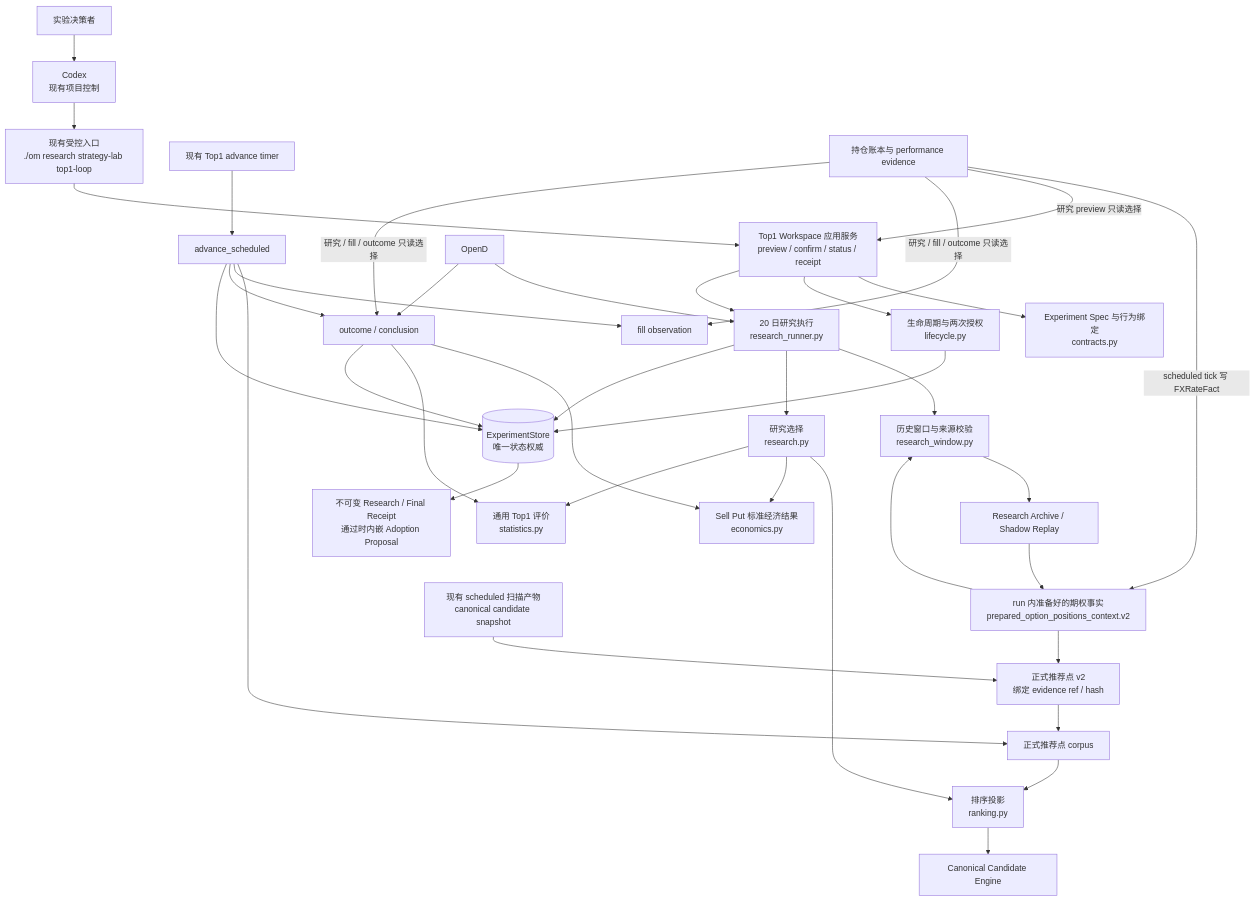
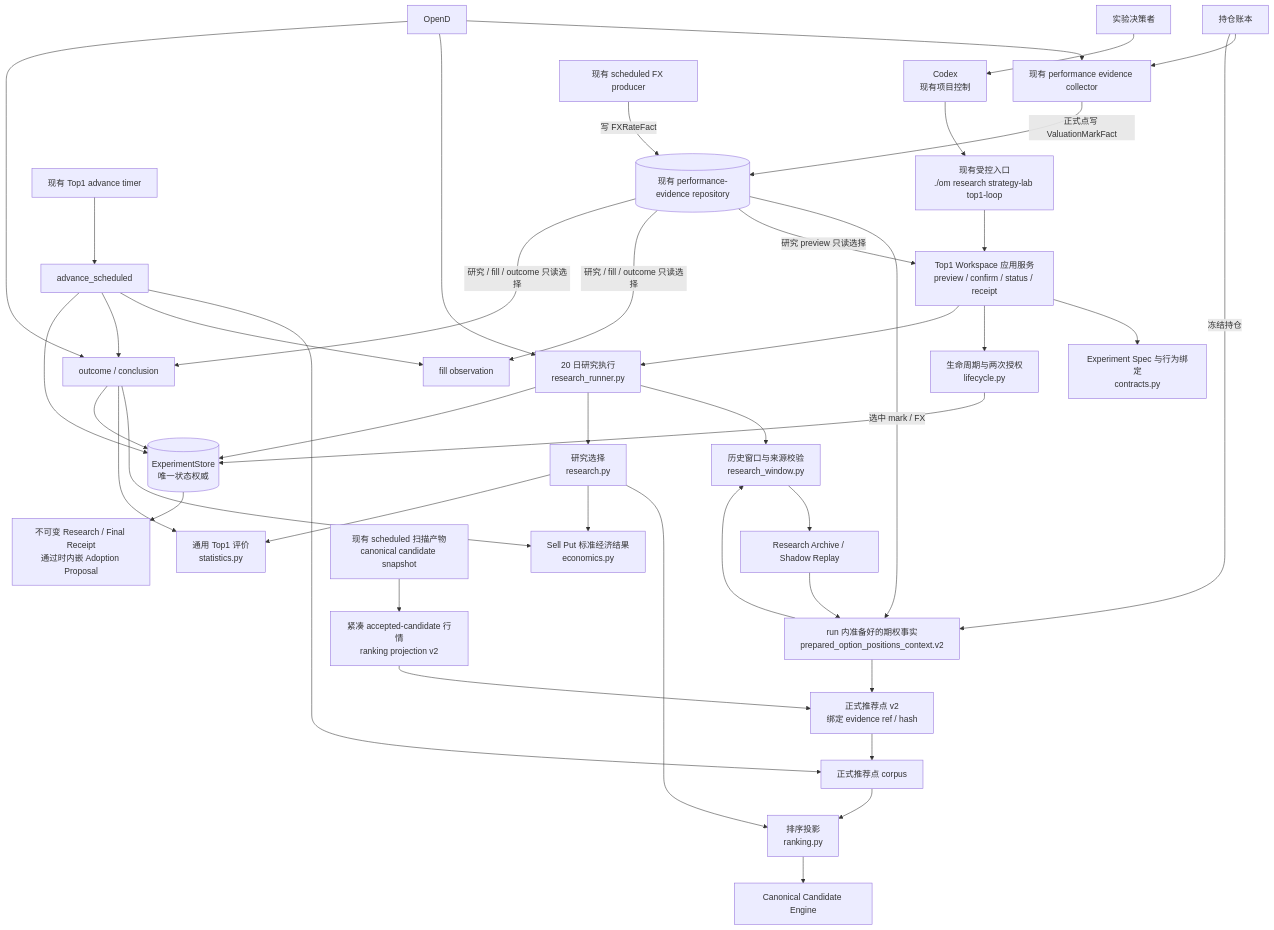
One commit to liuxie066/options-monitor changed the first of 3 diagrams in docs/STRATEGY_LAB_EXPERIMENT_PLATFORM_SYSTEM_DESIGN.md. Above: the diagram before and after it, drawn with Mermaid. The commit also changed other lines of this file and 2 other files, not shown here.

Commit message:
docs(strategy-lab): preserve formal point evidence

````diff
--- a/docs/STRATEGY_LAB_EXPERIMENT_PLATFORM_SYSTEM_DESIGN.md
+++ b/docs/STRATEGY_LAB_EXPERIMENT_PLATFORM_SYSTEM_DESIGN.md
@@ -41,46 +47,52 @@
 ```mermaid
 flowchart TB
     U["实验决策者"] --> C["Codex\n现有项目控制"]
     C --> CLI["现有受控入口\n./om research strategy-lab top1-loop"]
 
     CLI --> WS["Top1 Workspace 应用服务\npreview / confirm / status / receipt"]
 
     WS --> CT["Experiment Spec 与行为绑定\ncontracts.py"]
     WS --> LC["生命周期与两次授权\nlifecycle.py"]
     WS --> RR["20 日研究执行\nresearch_runner.py"]
 
     RR --> RW["历史窗口与来源校验\nresearch_window.py"]
     RW --> RA["Research Archive / Shadow Replay"]
     RA --> PE["run 内准备好的期权事实\nprepared_option_positions_context.v2"]
 
     RR --> RE["研究选择\nresearch.py"]
     RE --> RK["排序投影\nranking.py"]
     RK --> CE["Canonical Candidate Engine"]
     RE --> EC["Sell Put 标准经济结果\neconomics.py"]
     RE --> EV["通用 Top1 评价\nstatistics.py"]
 
     TIMER["现有 Top1 advance timer"] --> ADV["advance_scheduled"]
     ADV --> CP["正式推荐点 corpus"]
     ADV --> FO["fill observation"]
     ADV --> OC["outcome / conclusion"]
     PE --> RW
     PE --> RP["正式推荐点 v2\n绑定 evidence ref / hash"]
-    CS["现有 scheduled 扫描产物\ncanonical candidate snapshot"] --> RP
+    CS["现有 scheduled 扫描产物\ncanonical candidate snapshot"] --> CQ["紧凑 accepted-candidate 行情\nranking projection v2"]
+    CQ --> RP
     RP --> CP
     CP --> RK
     OC --> EC
     OC --> EV
 
     LC --> ST[("ExperimentStore\n唯一状态权威")]
     RR --> ST
     ADV --> ST
     OC --> ST
     ST --> TP["不可变 Research / Final Receipt\n通过时内嵌 Adoption Proposal"]
 
-    PF["持仓账本与 performance evidence"] -->|"scheduled tick 写 FXRateFact"| PE
+    PL["持仓账本"] --> COL["现有 performance evidence collector"]
+    COL -->|"正式点写 ValuationMarkFact"| PF[("现有 performance-evidence repository")]
+    FXP["现有 scheduled FX producer"] -->|"写 FXRateFact"| PF
+    PL -->|"冻结持仓"| PE
+    PF -->|"选中 mark / FX"| PE
     PF -->|"研究 preview 只读选择"| WS
     PF -->|"研究 / fill / outcome 只读选择"| FO
     PF -->|"研究 / fill / outcome 只读选择"| OC
-    OD["OpenD"] --> RR
+    OD["OpenD"] --> COL
+    OD --> RR
     OD --> OC
 ```
````
